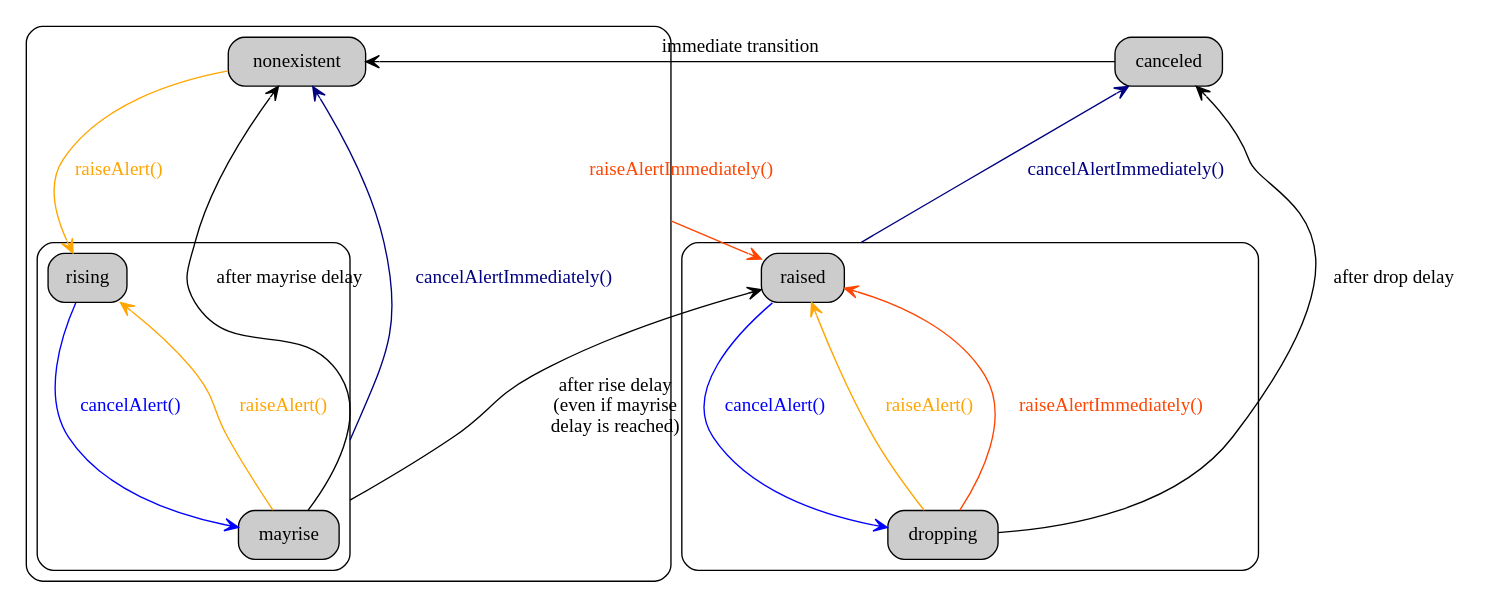
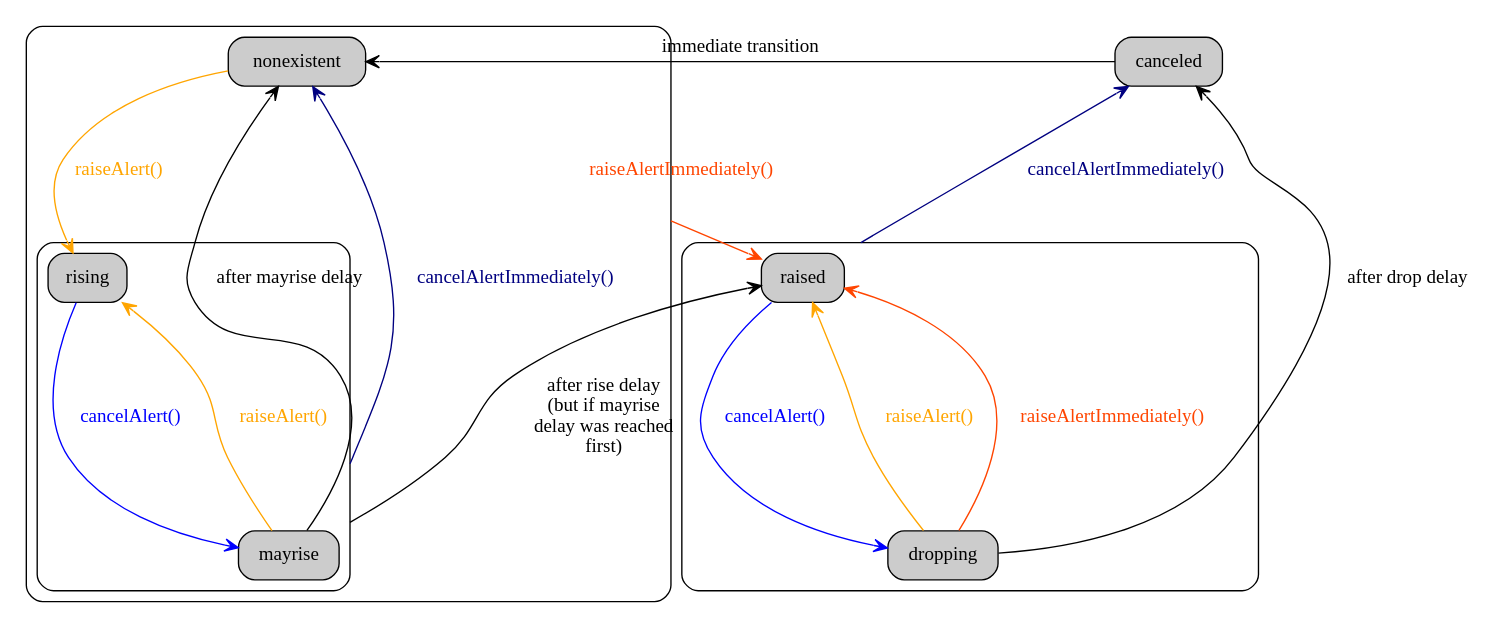
One commit to g76r/libqron changed the diagram in doc/alerts_statuses.dot. Above: the diagram before and after it, drawn with Graphviz. The commit also changed 1 other file, not shown here.

Commit message:
alert: fixed a rather rare case where mayrise alerts were raised
In case an alert was in mayrise state and both its mayrise delay and
rise delay was reached during the same asynchronous state check loop, it
was always raised. Now it's only raised if its rise delay was reached
before its mayrise delay, otherwise it's dropped.

This should reduce false positives and hence improve signal/noise ratio.

```diff
--- a/doc/alerts_statuses.dot
+++ b/doc/alerts_statuses.dot
@@ -1,32 +1,32 @@
 graph g {
   newrank=true;
   graph [compound=true,style=rounded,ranksep=1.5]
   edge [arrowhead=vee,dir=forward]
   node [shape=box,style="rounded,filled",fillcolor=grey80]
   subgraph cluster_nonexistent {
     /*start [shape=circle,style=filled,width=.2,label="",fillcolor=black]
     start -- nonexistent*/
     nonexistent
     subgraph cluster_rising { rising; mayrise }
   }
   subgraph cluster_raised { raised; dropping }
-  mayrise -- raised [ltail=cluster_rising,label="after rise delay\n(even if mayrise\ndelay is reached)",constraintx=false]
+  mayrise -- raised [ltail=cluster_rising,label="after rise delay\n(but if mayrise\ndelay was reached\nfirst)"]
   mayrise -- nonexistent [label="after mayrise delay"]
   dropping -- canceled [label="after drop delay"]
   canceled -- nonexistent [weight=0,label="immediate transition"]
   edge [color=orange,fontcolor=orange,label="raiseAlert()"]
   nonexistent -- rising
   mayrise -- rising
   dropping -- raised
   edge [color=blue,fontcolor=blue,label="cancelAlert()"]
   rising -- mayrise
   raised -- dropping
   edge [color=orangered,fontcolor=orangered,label="raiseAlertImmediately()"]
-  nonexistent -- raised [ltail=cluster_nonexistent,constraintx=false]
+  nonexistent -- raised [ltail=cluster_nonexistent]
   dropping -- raised
   edge [color=navy,fontcolor=navy,label="cancelAlertImmediately()"]
-  raised -- canceled [ltail=cluster_raised,constraintx=false]
-  mayrise -- nonexistent [ltail=cluster_rising,constraintx=false]
+  raised -- canceled [ltail=cluster_raised]
+  mayrise -- nonexistent [ltail=cluster_rising]
   { rank=same; rising; raised }
   { rank=same; nonexistent; canceled }
 }
```
